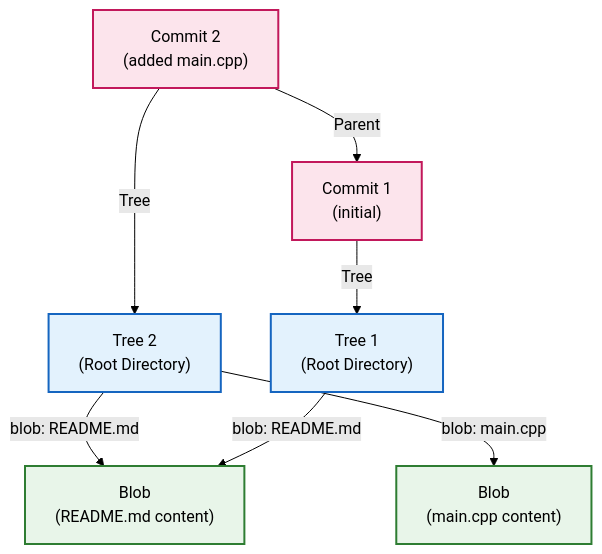
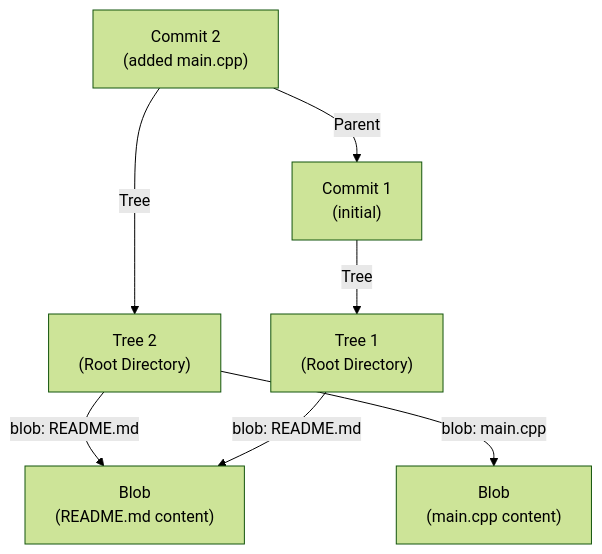
Before and after one commit to Jyotishmoy12/VCC-version-control: the diagram in TECHNICAL_DETAILS.md, drawn with Mermaid (forest theme).

Commit message:
simplified the diagram

````diff
--- a/TECHNICAL_DETAILS.md
+++ b/TECHNICAL_DETAILS.md
@@ -44,22 +44,13 @@
 ```mermaid
 flowchart TD
     %% Commits
     Commit2["Commit 2\n(added main.cpp)"] -->|Parent| Commit1["Commit 1\n(initial)"]
     Commit2 -->|Tree| Tree2["Tree 2\n(Root Directory)"]
     Commit1 -->|Tree| Tree1["Tree 1\n(Root Directory)"]
 
     %% Trees
     Tree2 -->|blob: main.cpp| BlobMain["Blob\n(main.cpp content)"]
     Tree2 -->|blob: README.md| BlobReadme["Blob\n(README.md content)"]
     
     Tree1 -->|blob: README.md| BlobReadme
-    
-    %% Styling
-    classDef commit fill:#fce4ec,stroke:#c2185b,stroke-width:2px;
-    classDef tree fill:#e3f2fd,stroke:#1565c0,stroke-width:2px;
-    classDef blob fill:#e8f5e9,stroke:#2e7d32,stroke-width:2px;
-    
-    class Commit1,Commit2 commit;
-    class Tree1,Tree2 tree;
-    class BlobMain,BlobReadme blob;
 ```
````
